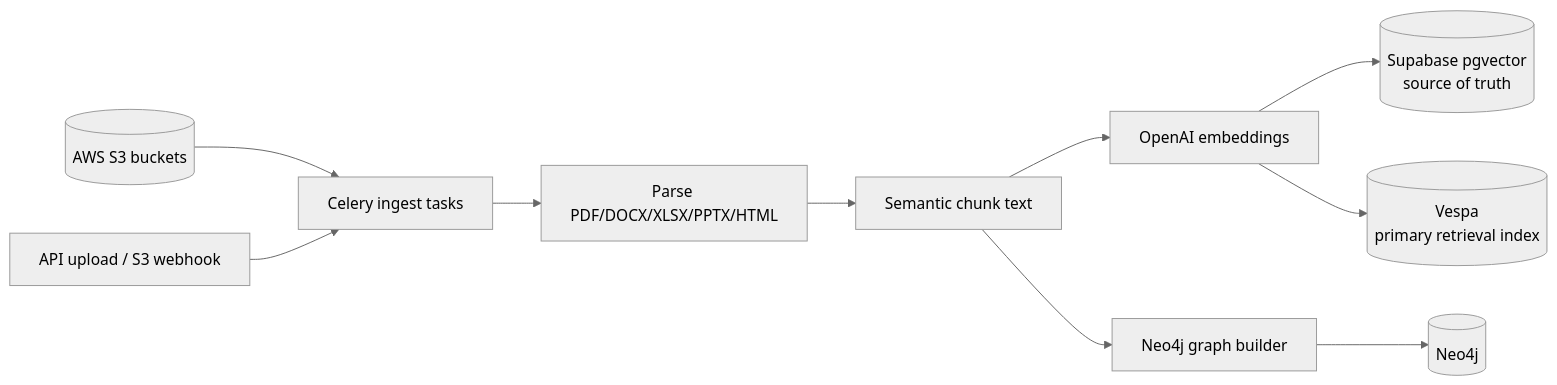
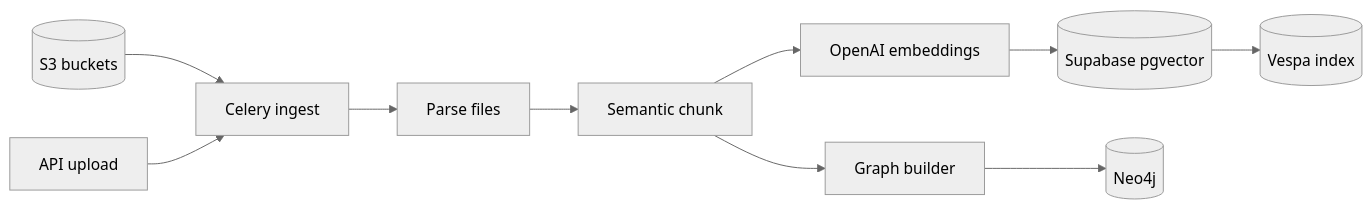
Before and after one commit to Novatech240/Agentic_RAG_backend: the sixth of 8 diagrams in README.md, drawn with Mermaid (neutral theme). The commit also changed other lines of this file, not shown here.

````diff
--- a/README.md
+++ b/README.md
@@ -222,12 +284,12 @@
 ```mermaid
-graph LR
-    S3[(AWS S3 buckets)] --> Ingest["Celery ingest tasks"]
-    Upload["API upload / S3 webhook"] --> Ingest
-    Ingest --> Parse["Parse PDF/DOCX/XLSX/PPTX/HTML"]
-    Parse --> Chunk["Semantic chunk text"]
-    Chunk --> Embed["OpenAI embeddings"]
-    Embed --> PG[(Supabase pgvector<br/>source of truth)]
-    Embed --> Vespa[(Vespa<br/>primary retrieval index)]
-    Chunk --> Graph["Neo4j graph builder"]
-    Graph --> Neo4j[(Neo4j)]
+flowchart LR
+    S3[(S3 buckets)] --> ING[Celery ingest]
+    UP[API upload] --> ING
+    ING --> PARSE[Parse files]
+    PARSE --> CHUNK[Semantic chunk]
+    CHUNK --> EMB[OpenAI embeddings]
+    EMB --> PG[(Supabase pgvector)]
+    PG --> VES[(Vespa index)]
+    CHUNK --> NEOB[Graph builder]
+    NEOB --> NEO[(Neo4j)]
 ```
````
